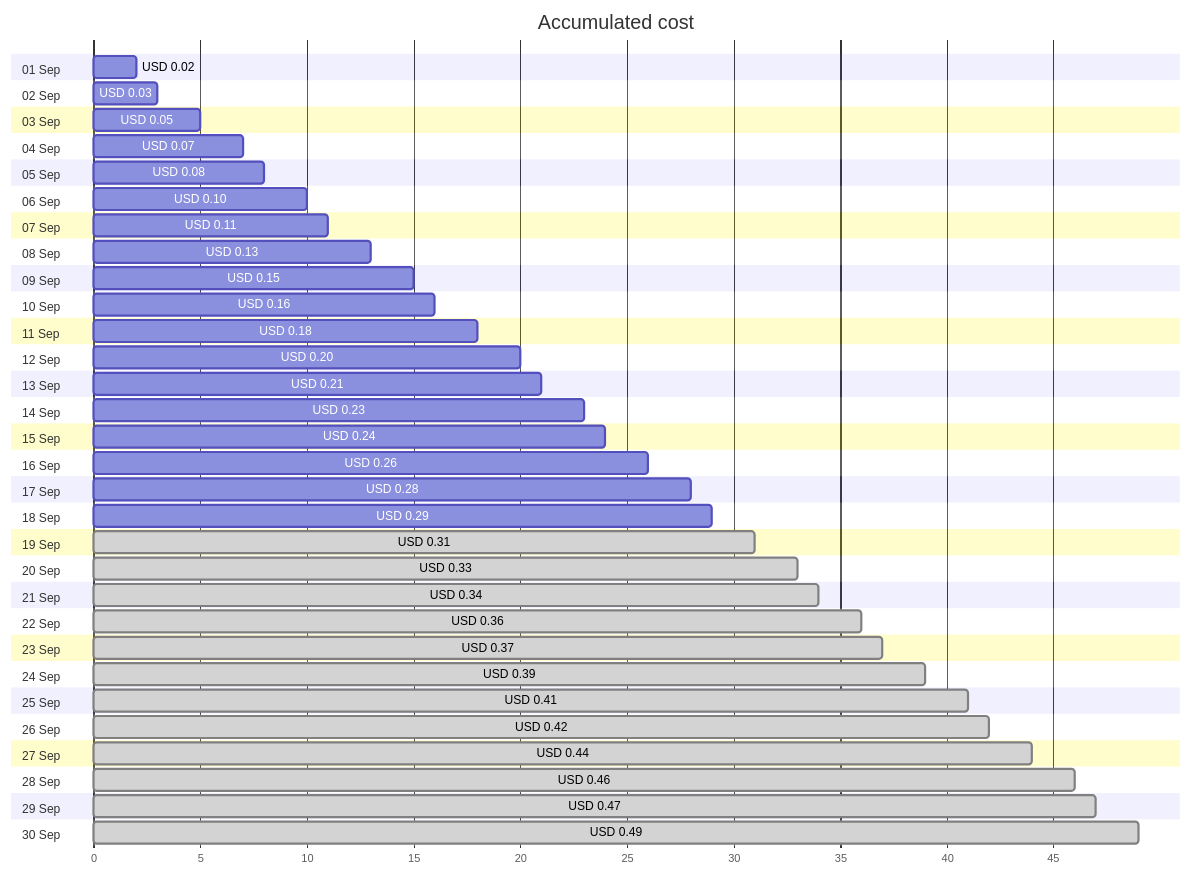
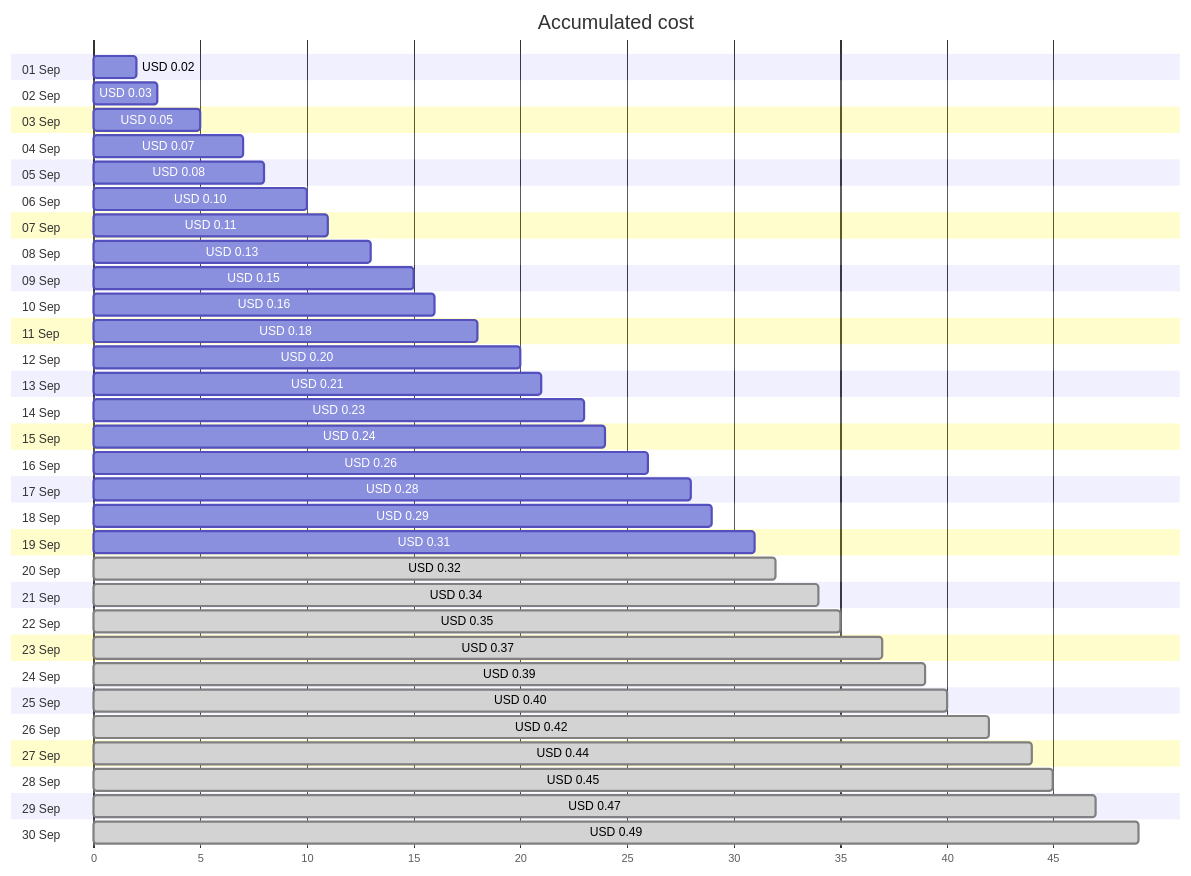
One commit to jpfulton/azure-personal-reports changed the first of 4 diagrams in cost-reports/personal-dns/jpatrickfulton.dev.md. Above: the diagram before and after it, drawn with Mermaid. The commit also changed other lines of this file and 2 other files, not shown here.

````diff
--- a/cost-reports/personal-dns/jpatrickfulton.dev.md
+++ b/cost-reports/personal-dns/jpatrickfulton.dev.md
@@ -20,66 +20,66 @@
 ```mermaid
 gantt
    title Accumulated cost
    dateFormat  X
    axisFormat %s
    section 01 Sep
    USD 0.02 :0, 2
    section 02 Sep
    USD 0.03 :0, 3
    section 03 Sep
    USD 0.05 :0, 5
    section 04 Sep
    USD 0.07 :0, 7
    section 05 Sep
    USD 0.08 :0, 8
    section 06 Sep
    USD 0.10 :0, 10
    section 07 Sep
    USD 0.11 :0, 11
    section 08 Sep
    USD 0.13 :0, 13
    section 09 Sep
    USD 0.15 :0, 15
    section 10 Sep
    USD 0.16 :0, 16
    section 11 Sep
    USD 0.18 :0, 18
    section 12 Sep
    USD 0.20 :0, 20
    section 13 Sep
    USD 0.21 :0, 21
    section 14 Sep
    USD 0.23 :0, 23
    section 15 Sep
    USD 0.24 :0, 24
    section 16 Sep
    USD 0.26 :0, 26
    section 17 Sep
    USD 0.28 :0, 28
    section 18 Sep
    USD 0.29 :0, 29
    section 19 Sep
-   USD 0.31 : done, 0, 31
+   USD 0.31 :0, 31
    section 20 Sep
-   USD 0.33 : done, 0, 33
+   USD 0.32 : done, 0, 32
    section 21 Sep
    USD 0.34 : done, 0, 34
    section 22 Sep
-   USD 0.36 : done, 0, 36
+   USD 0.35 : done, 0, 35
    section 23 Sep
    USD 0.37 : done, 0, 37
    section 24 Sep
    USD 0.39 : done, 0, 39
    section 25 Sep
-   USD 0.41 : done, 0, 41
+   USD 0.40 : done, 0, 40
    section 26 Sep
    USD 0.42 : done, 0, 42
    section 27 Sep
    USD 0.44 : done, 0, 44
    section 28 Sep
-   USD 0.46 : done, 0, 46
+   USD 0.45 : done, 0, 45
    section 29 Sep
    USD 0.47 : done, 0, 47
    section 30 Sep
    USD 0.49 : done, 0, 49
 ```
````
